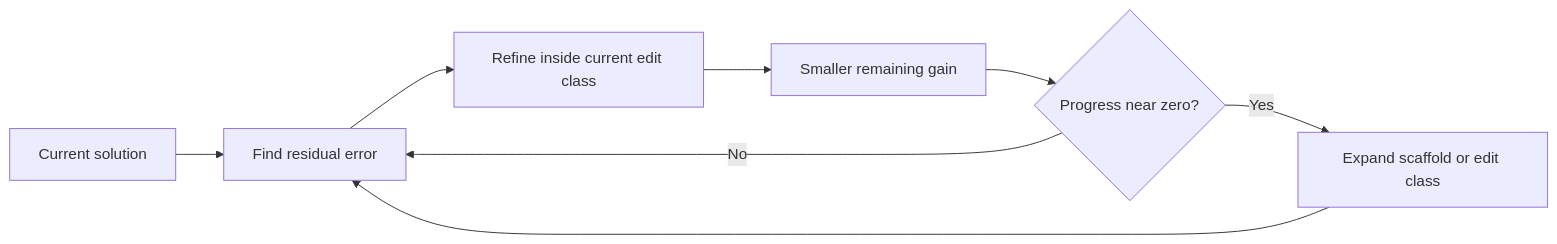
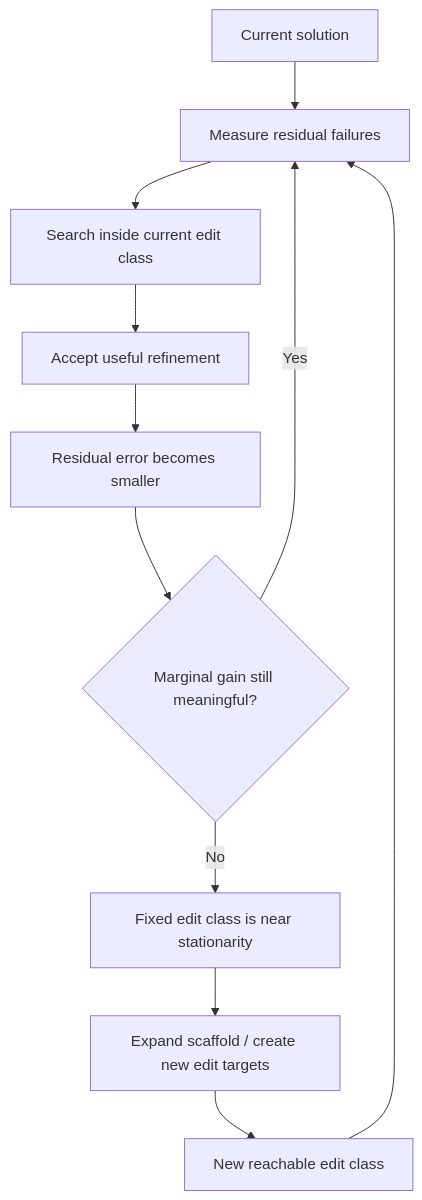
One commit to ShadowKingYT444/harness-papers-daily changed the diagram in _analyses/2609.34924.md. Above: the diagram before and after it, drawn with Mermaid. The commit also changed other lines of this file and 37 other files, not shown here.

````diff
--- a/_analyses/2609.34924.md
+++ b/_analyses/2609.34924.md
@@ -21,10 +44,13 @@
-```mermaid
-flowchart LR
-    A[Current solution] --> B[Find residual error]
-    B --> C[Refine inside current edit class]
-    C --> D[Smaller remaining gain]
-    D --> E{Progress near zero?}
-    E -- No --> B
-    E -- Yes --> F[Expand scaffold or edit class]
-    F --> B
-```
+~~~mermaid
+flowchart TD
+    A["Current solution"] --> B["Measure residual failures"]
+    B --> C["Search inside current edit class"]
+    C --> D["Accept useful refinement"]
+    D --> E["Residual error becomes smaller"]
+    E --> F{"Marginal gain still meaningful?"}
+    F -- "Yes" --> B
+    F -- "No" --> G["Fixed edit class is near stationarity"]
+    G --> H["Expand scaffold / create new edit targets"]
+    H --> I["New reachable edit class"]
+    I --> B
+~~~
````
